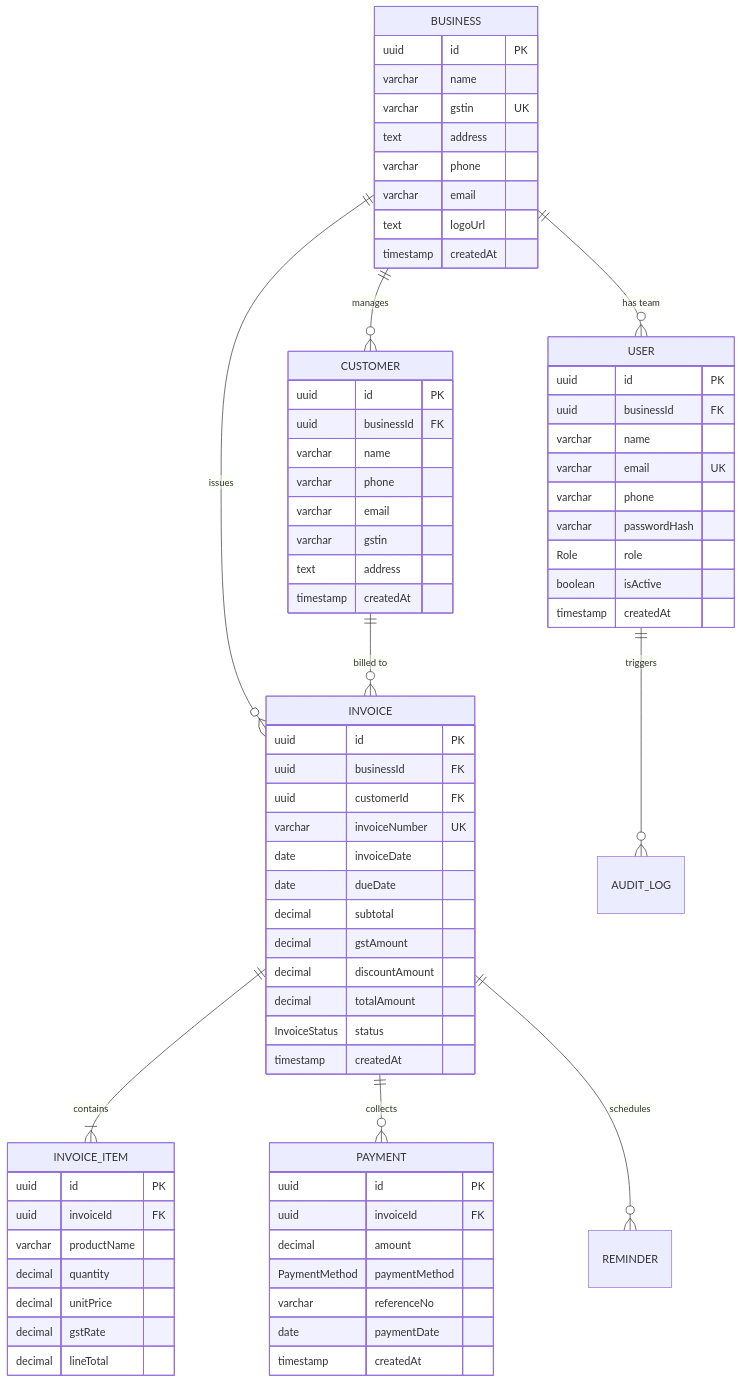
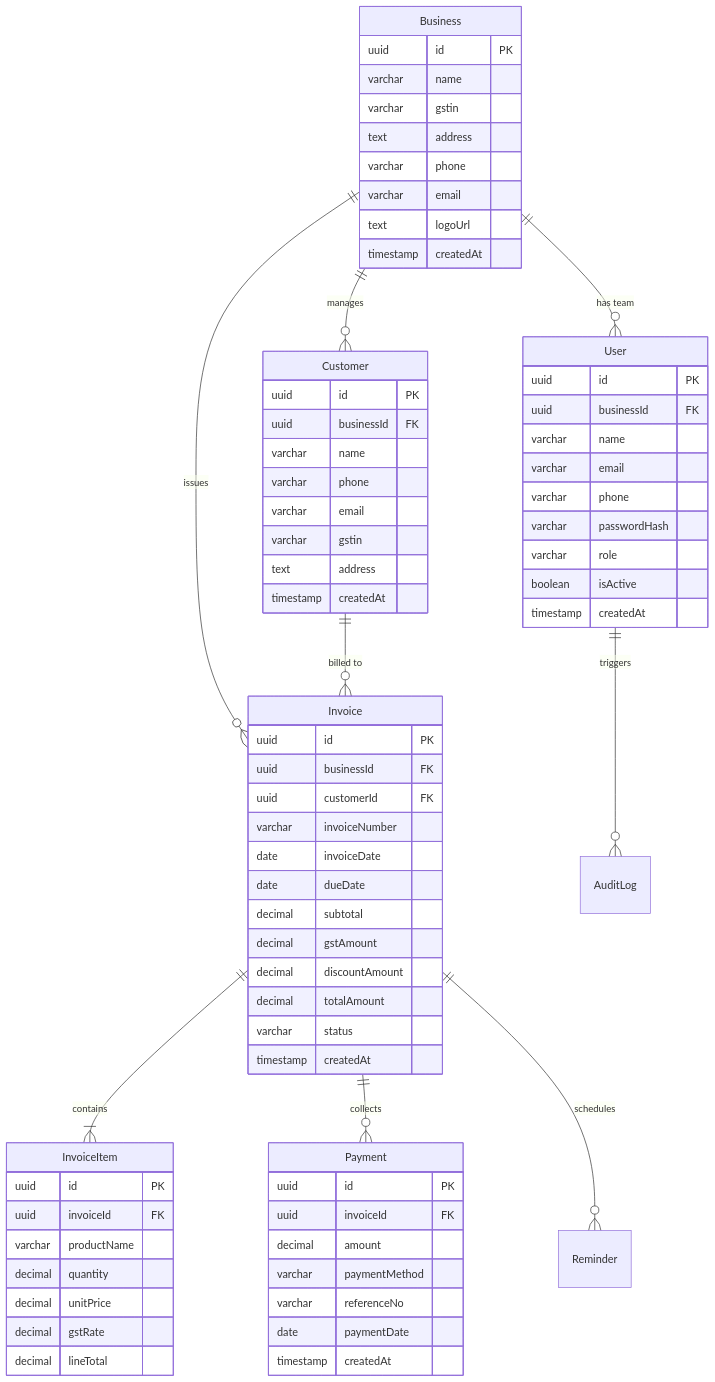
One commit to Tanaychoubey/payflow-gst changed the diagram in README.md. Above: the diagram before and after it, drawn with Mermaid.

````diff
--- a/README.md
+++ b/README.md
@@ -45,80 +45,80 @@
 ```mermaid
 erDiagram
-    BUSINESS ||--o{ USER : "has team"
-    BUSINESS ||--o{ CUSTOMER : "manages"
-    BUSINESS ||--o{ INVOICE : "issues"
-    USER ||--o{ AUDIT_LOG : "triggers"
-    CUSTOMER ||--o{ INVOICE : "billed to"
-    INVOICE ||--|{ INVOICE_ITEM : "contains"
-    INVOICE ||--o{ PAYMENT : "collects"
-    INVOICE ||--o{ REMINDER : "schedules"
+    Business ||--o{ User : "has team"
+    Business ||--o{ Customer : "manages"
+    Business ||--o{ Invoice : "issues"
+    User ||--o{ AuditLog : "triggers"
+    Customer ||--o{ Invoice : "billed to"
+    Invoice ||--|{ InvoiceItem : "contains"
+    Invoice ||--o{ Payment : "collects"
+    Invoice ||--o{ Reminder : "schedules"
 
-    BUSINESS {
+    Business {
         uuid id PK
         varchar name
-        varchar gstin UK
+        varchar gstin
         text address
         varchar phone
         varchar email
         text logoUrl
         timestamp createdAt
     }
 
-    USER {
+    User {
         uuid id PK
         uuid businessId FK
         varchar name
-        varchar email UK
+        varchar email
         varchar phone
         varchar passwordHash
-        Role role
+        varchar role
         boolean isActive
         timestamp createdAt
     }
 
-    CUSTOMER {
+    Customer {
         uuid id PK
         uuid businessId FK
         varchar name
         varchar phone
         varchar email
         varchar gstin
         text address
         timestamp createdAt
     }
 
-    INVOICE {
+    Invoice {
         uuid id PK
         uuid businessId FK
         uuid customerId FK
-        varchar invoiceNumber UK
+        varchar invoiceNumber
         date invoiceDate
         date dueDate
         decimal subtotal
         decimal gstAmount
         decimal discountAmount
         decimal totalAmount
-        InvoiceStatus status
+        varchar status
         timestamp createdAt
     }
 
-    INVOICE_ITEM {
+    InvoiceItem {
         uuid id PK
         uuid invoiceId FK
         varchar productName
         decimal quantity
         decimal unitPrice
         decimal gstRate
         decimal lineTotal
     }
 
-    PAYMENT {
+    Payment {
         uuid id PK
         uuid invoiceId FK
         decimal amount
-        PaymentMethod paymentMethod
+        varchar paymentMethod
         varchar referenceNo
         date paymentDate
         timestamp createdAt
     }
 ```
````
